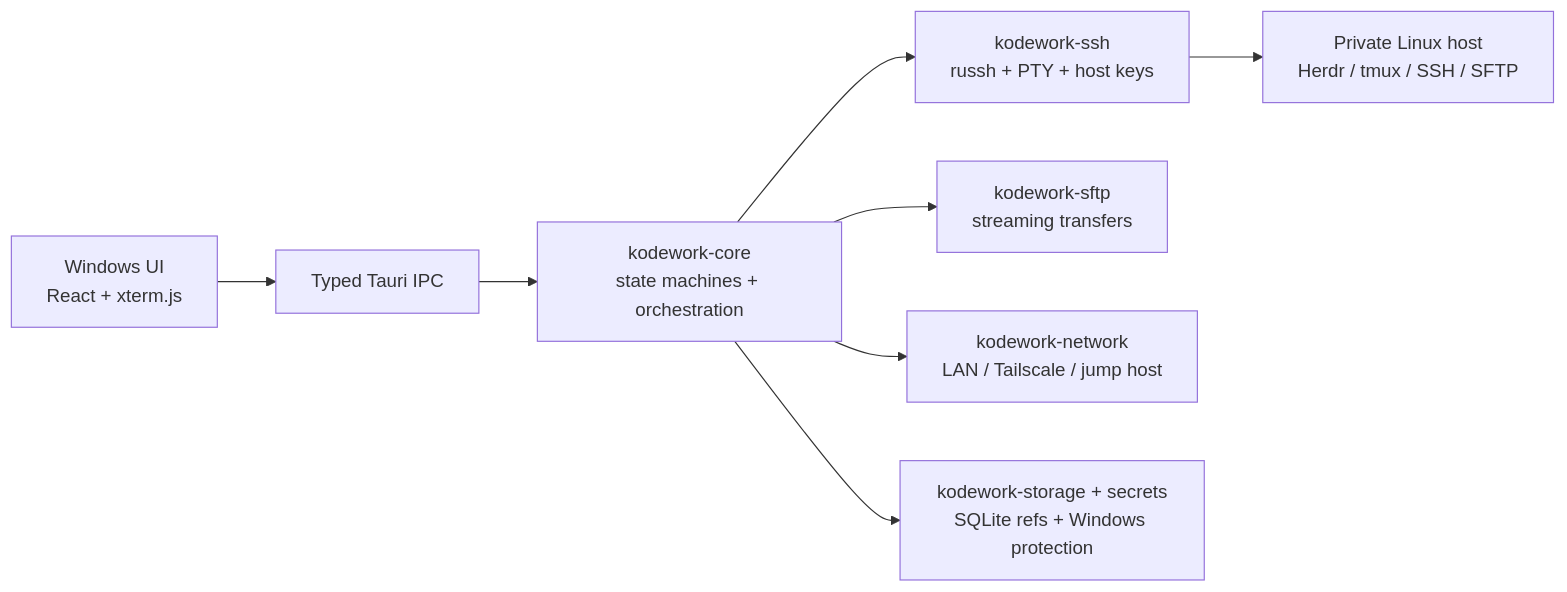
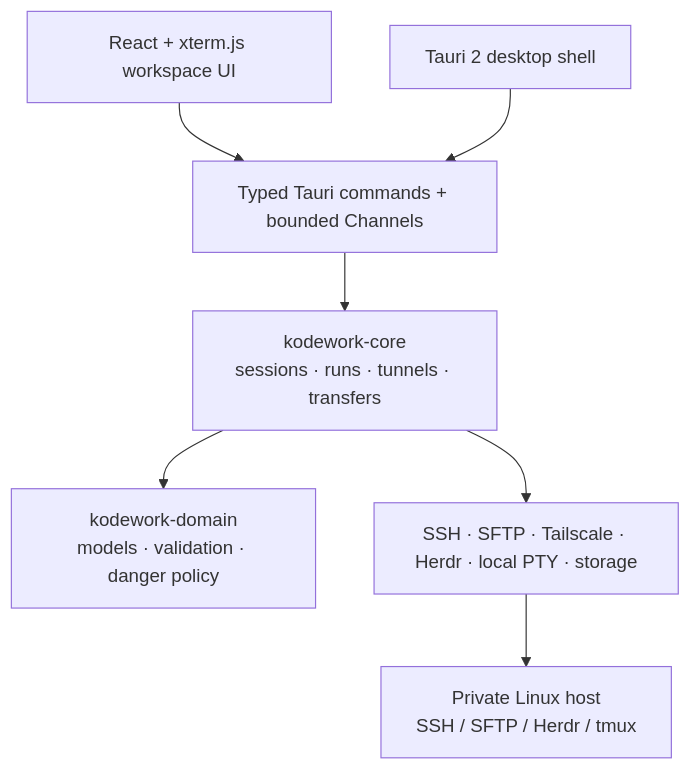
One commit to likangmax/KodeWork changed the diagram in README.md. Above: the diagram before and after it, drawn with Mermaid. The commit also changed other lines of this file and 35 other files, not shown here.

````diff
--- a/README.md
+++ b/README.md
@@ -57,10 +77,9 @@
 ```mermaid
-flowchart LR
-  UI[Windows UI\nReact + xterm.js] --> IPC[Typed Tauri IPC]
-  IPC --> CORE[kodework-core\nstate machines + orchestration]
-  CORE --> SSH[kodework-ssh\nrussh + PTY + host keys]
-  CORE --> SFTP[kodework-sftp\nstreaming transfers]
-  CORE --> NET[kodework-network\nLAN / Tailscale / jump host]
-  CORE --> STORE[kodework-storage + secrets\nSQLite refs + Windows protection]
-  SSH --> HOST[Private Linux host\nHerdr / tmux / SSH / SFTP]
+flowchart TB
+  UI[React + xterm.js workspace UI] --> IPC[Typed Tauri commands + bounded Channels]
+  Shell[Tauri 2 desktop shell] --> IPC
+  IPC --> Core[kodework-core\nsessions · runs · tunnels · transfers]
+  Core --> Domain[kodework-domain\nmodels · validation · danger policy]
+  Core --> Adapters[SSH · SFTP · Tailscale · Herdr · local PTY · storage]
+  Adapters --> Host[Private Linux host\nSSH / SFTP / Herdr / tmux]
 ```
````
